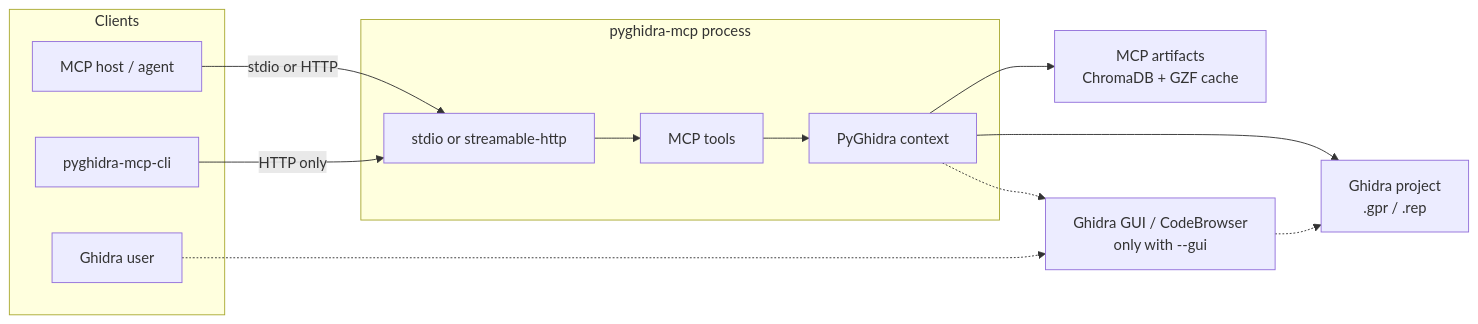
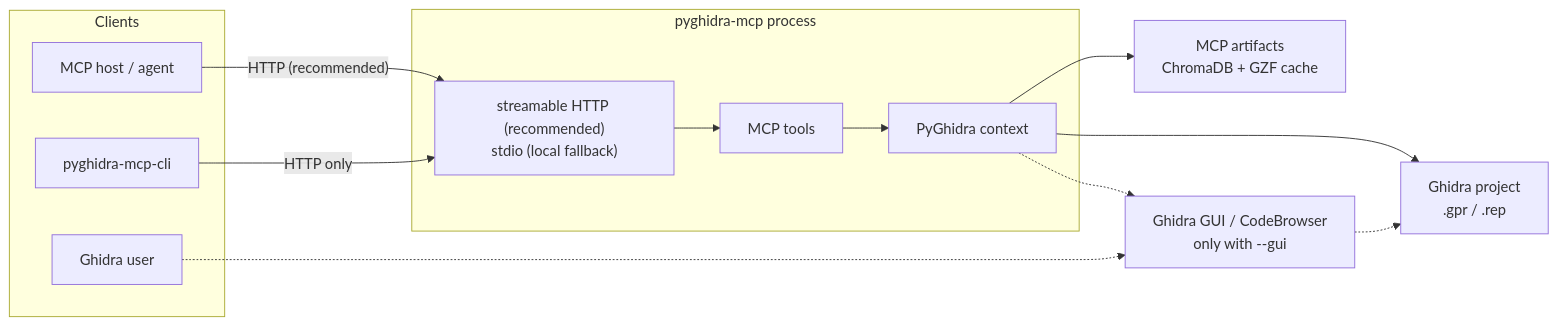
The first of 3 diagrams in README.md (clearbluejar/pyghidra-mcp), drawn with Mermaid before and after one commit. The commit also changed other lines of this file, not shown here.

````diff
--- a/README.md
+++ b/README.md
@@ -50,28 +50,28 @@
 ```mermaid
 flowchart LR
     subgraph Clients["Clients"]
         Agent["MCP host / agent"]
         Cli["pyghidra-mcp-cli"]
         User["Ghidra user"]
     end
 
     subgraph Process["pyghidra-mcp process"]
-        Transport["stdio or streamable-http"]
+        Transport["streamable HTTP (recommended)<br/>stdio (local fallback)"]
         Tools["MCP tools"]
         Context["PyGhidra context"]
     end
 
     Project["Ghidra project<br/>.gpr / .rep"]
     Artifacts["MCP artifacts<br/>ChromaDB + GZF cache"]
     Gui["Ghidra GUI / CodeBrowser<br/>only with --gui"]
 
-    Agent -->|"stdio or HTTP"| Transport
+    Agent -->|"HTTP (recommended)"| Transport
     Cli -->|"HTTP only"| Transport
     Transport --> Tools
     Tools --> Context
     Context --> Project
     Context --> Artifacts
     Context -.-> Gui
     User -.-> Gui
     Gui -.-> Project
 ```
````
